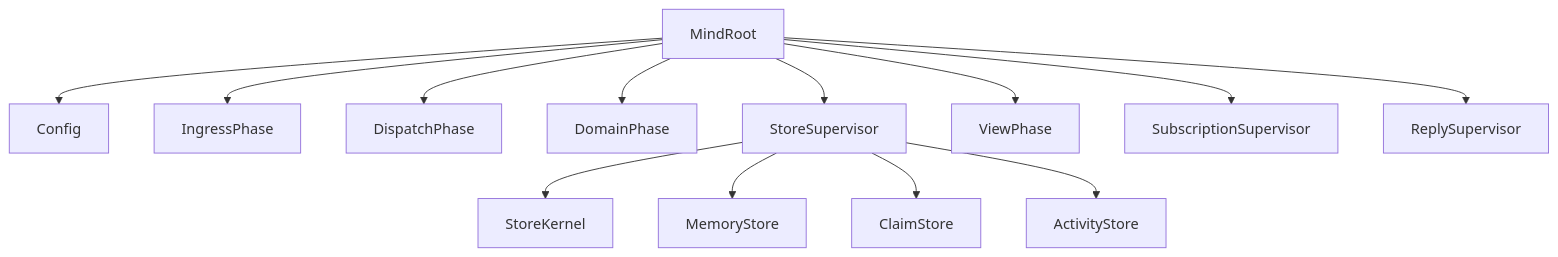
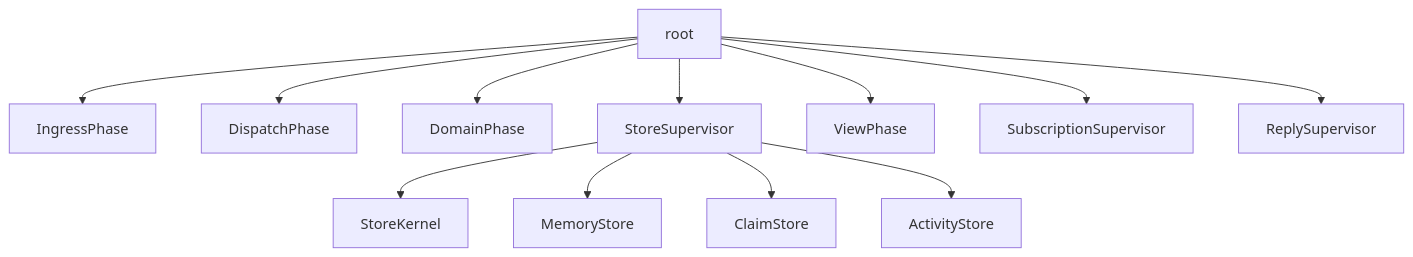
One commit to LiGoldragon/persona-orchestrate changed the third of 7 diagrams in ARCHITECTURE.md. Above: the diagram before and after it, drawn with Mermaid. The commit also changed other lines of this file and 8 other files, not shown here.

````diff
--- a/ARCHITECTURE.md
+++ b/ARCHITECTURE.md
@@ -132,15 +132,14 @@
 ```mermaid
 graph TB
-    root[MindRoot] --> config[Config]
     root --> ingress[IngressPhase]
     root --> dispatch[DispatchPhase]
     root --> domain[DomainPhase]
     root --> store[StoreSupervisor]
     store --> kernel[StoreKernel]
     store --> memory[MemoryStore]
     store --> claims[ClaimStore]
     store --> activity[ActivityStore]
     root --> views[ViewPhase]
     root --> subscriptions[SubscriptionSupervisor]
     root --> reply[ReplySupervisor]
 ```
````
